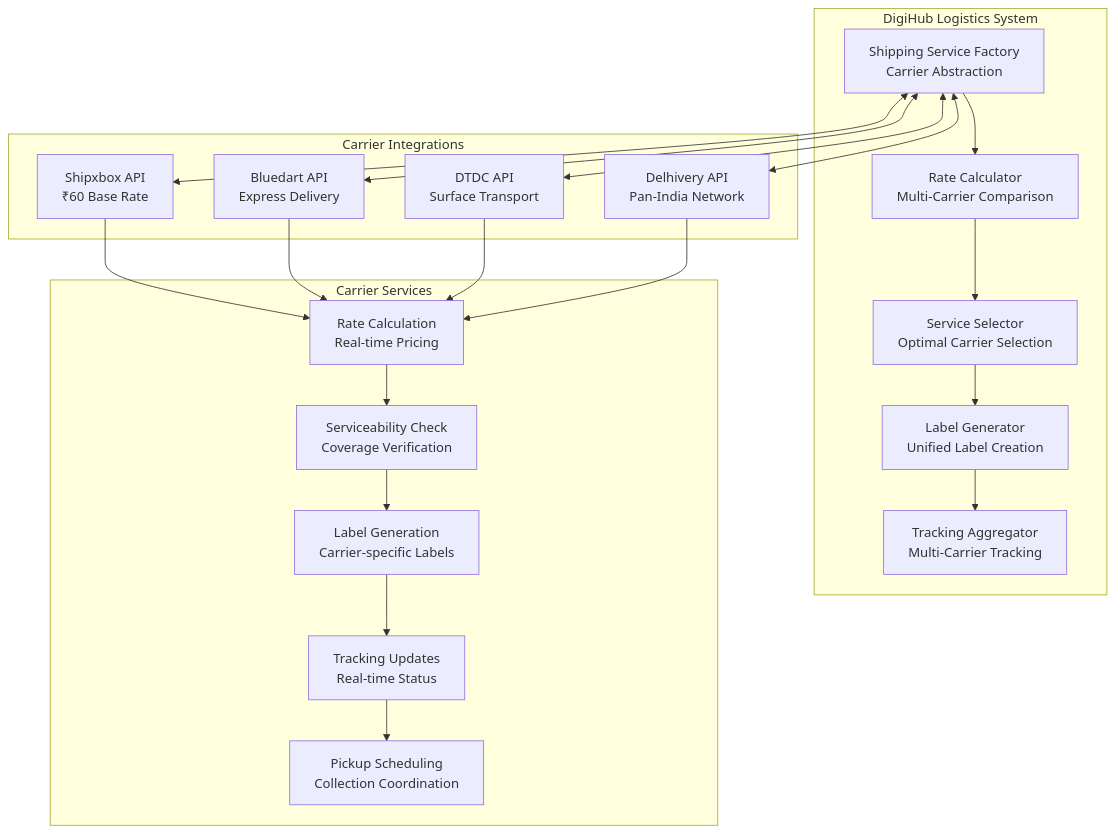
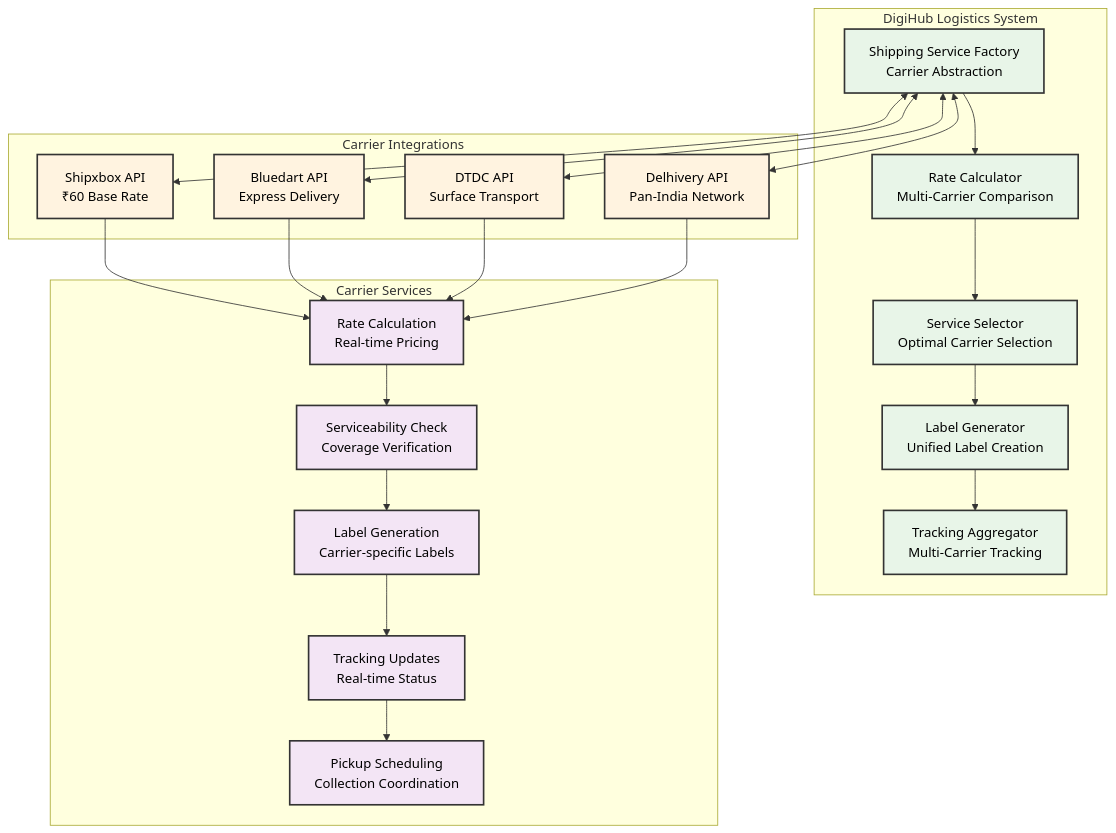
Diagram 14 of 44 in README.md (sandeepkumar0801/Digihub), drawn with Mermaid before and after one commit. The commit also changed other lines of this file and 1 other file, not shown here.

````diff
--- a/README.md
+++ b/README.md
@@ -2342,47 +2522,50 @@
 ```mermaid
 graph TD
     subgraph "DigiHub Logistics System"
         A[Shipping Service Factory<br/>Carrier Abstraction]
         B[Rate Calculator<br/>Multi-Carrier Comparison]
         C[Service Selector<br/>Optimal Carrier Selection]
         D[Label Generator<br/>Unified Label Creation]
         E[Tracking Aggregator<br/>Multi-Carrier Tracking]
     end
 
     subgraph "Carrier Integrations"
         F1[Shipxbox API<br/>₹60 Base Rate]
         F2[Bluedart API<br/>Express Delivery]
         F3[DTDC API<br/>Surface Transport]
         F4[Delhivery API<br/>Pan-India Network]
     end
 
     subgraph "Carrier Services"
         G1[Rate Calculation<br/>Real-time Pricing]
         G2[Serviceability Check<br/>Coverage Verification]
         G3[Label Generation<br/>Carrier-specific Labels]
         G4[Tracking Updates<br/>Real-time Status]
         G5[Pickup Scheduling<br/>Collection Coordination]
     end
 
     A --> B --> C --> D --> E
 
     A <--> F1
     A <--> F2
     A <--> F3
     A <--> F4
 
     F1 --> G1
     F2 --> G1
     F3 --> G1
     F4 --> G1
 
     G1 --> G2 --> G3 --> G4 --> G5
 
 
 
 
+    classDef system fill:#e8f5e8,stroke:#333333,stroke-width:2px,color:#000000
+    classDef carriers fill:#fff3e0,stroke:#333333,stroke-width:2px,color:#000000
+    classDef services fill:#f3e5f5,stroke:#333333,stroke-width:2px,color:#000000
 
-
-
-
+    class A,B,C,D,E system
+    class F1,F2,F3,F4 carriers
+    class G1,G2,G3,G4,G5 services
 ```
````
